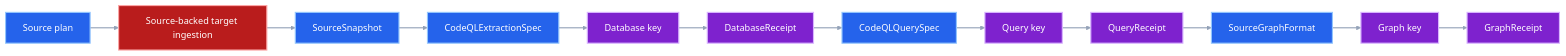
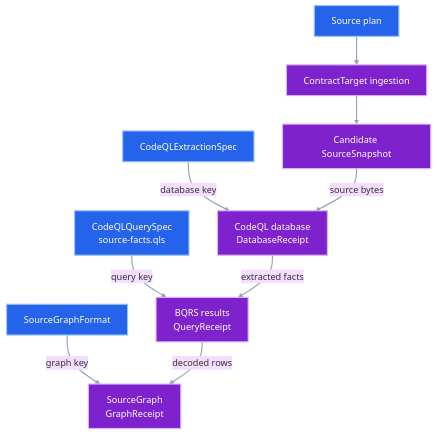
Before and after one commit to pvd232/viper: the second of 3 diagrams in docs/development/codeql-analysis.md, drawn with Mermaid (base theme). The commit also changed other lines of this file, not shown here.

Commit message:
Clarify CodeQL analysis diagrams

````diff
--- a/docs/development/codeql-analysis.md
+++ b/docs/development/codeql-analysis.md
@@ -104,23 +104,17 @@
 ```mermaid
-flowchart LR
-    S[SourceSnapshot] --> E[CodeQLExtractionSpec]
-    E --> KD[Database key]
-    KD --> D[DatabaseReceipt]
-    D --> Q[CodeQLQuerySpec]
-    Q --> KR[Query key]
-    KR --> R[QueryReceipt]
-    R --> F[SourceGraphFormat]
-    F --> KG[Graph key]
-    KG --> G[GraphReceipt]
-
-    M[Source plan] --> P[Source-backed target ingestion]
-    P --> S
+flowchart TB
+    Plan["Source plan"] --> Ingest["ContractTarget ingestion"]
+    Ingest --> Source["Candidate SourceSnapshot"]
+    Extraction["CodeQLExtractionSpec"] -->|"database key"| Database["CodeQL database<br/>DatabaseReceipt"]
+    Source -->|"source bytes"| Database
+    Query["CodeQLQuerySpec<br/>source-facts.qls"] -->|"query key"| Results["BQRS results<br/>QueryReceipt"]
+    Database -->|"extracted facts"| Results
+    Format["SourceGraphFormat"] -->|"graph key"| Graph["SourceGraph<br/>GraphReceipt"]
+    Results -->|"decoded rows"| Graph
 
     classDef authored fill:#2563eb,stroke:#93c5fd,color:#ffffff,stroke-width:2px;
     classDef proposed fill:#7e22ce,stroke:#d8b4fe,color:#ffffff,stroke-width:2px;
-    classDef gap fill:#b91c1c,stroke:#fca5a5,color:#ffffff,stroke-width:2px;
-    class S,E,Q,F,M authored;
-    class KD,D,KR,R,KG,G proposed;
-    class P gap;
+    class Plan,Extraction,Query,Format authored;
+    class Ingest,Source,Database,Results,Graph proposed;
     linkStyle default stroke:#94a3b8,stroke-width:2px;
 ```
````
